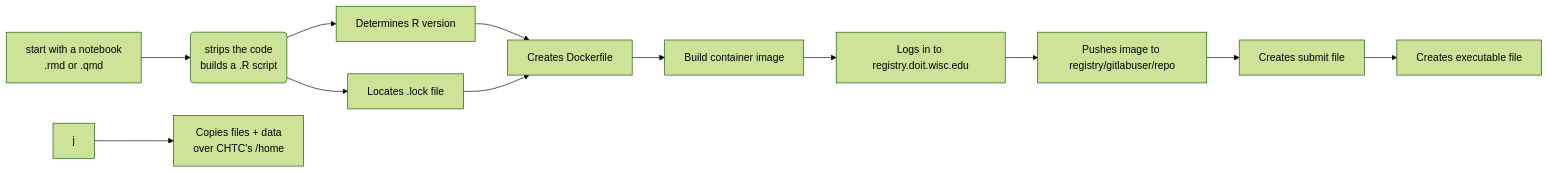
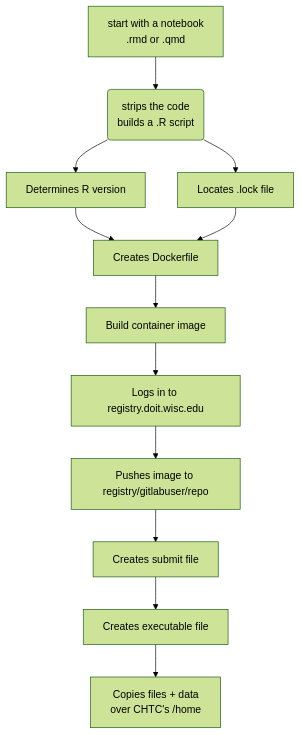
One commit to erwinlares/dockerfile-from-quarto changed the diagram in building-the-container.qmd. Above: the diagram before and after it, drawn with Mermaid (forest theme). The commit also changed other lines of this file, not shown here.

````diff
--- a/building-the-container.qmd
+++ b/building-the-container.qmd
@@ -30,17 +30,17 @@
 ```{mermaid}
 
 %%| label: fig-shippingto-chtc
 %%| fig-cap: "Shipping an analysis to CHTC"
-flowchart LR
+flowchart TB
   A[start with a notebook<br> .rmd or .qmd] --> B(strips the code<br>builds a .R script)
   B --> C[Determines R version]
   B --> D[Locates .lock file]
   C --> E[Creates Dockerfile]
   D --> E
   E --> F[Build container image]
   F --> G[Logs in to registry.doit.wisc.edu]
   G --> H[Pushes image to registry/gitlabuser/repo]
   H --> I[Creates submit file]
   I --> J[Creates executable file]
-  j --> K[Copies files + data <br>over CHTC's /home ]
+  J --> K[Copies files + data <br>over CHTC's /home ]
 ```
````
